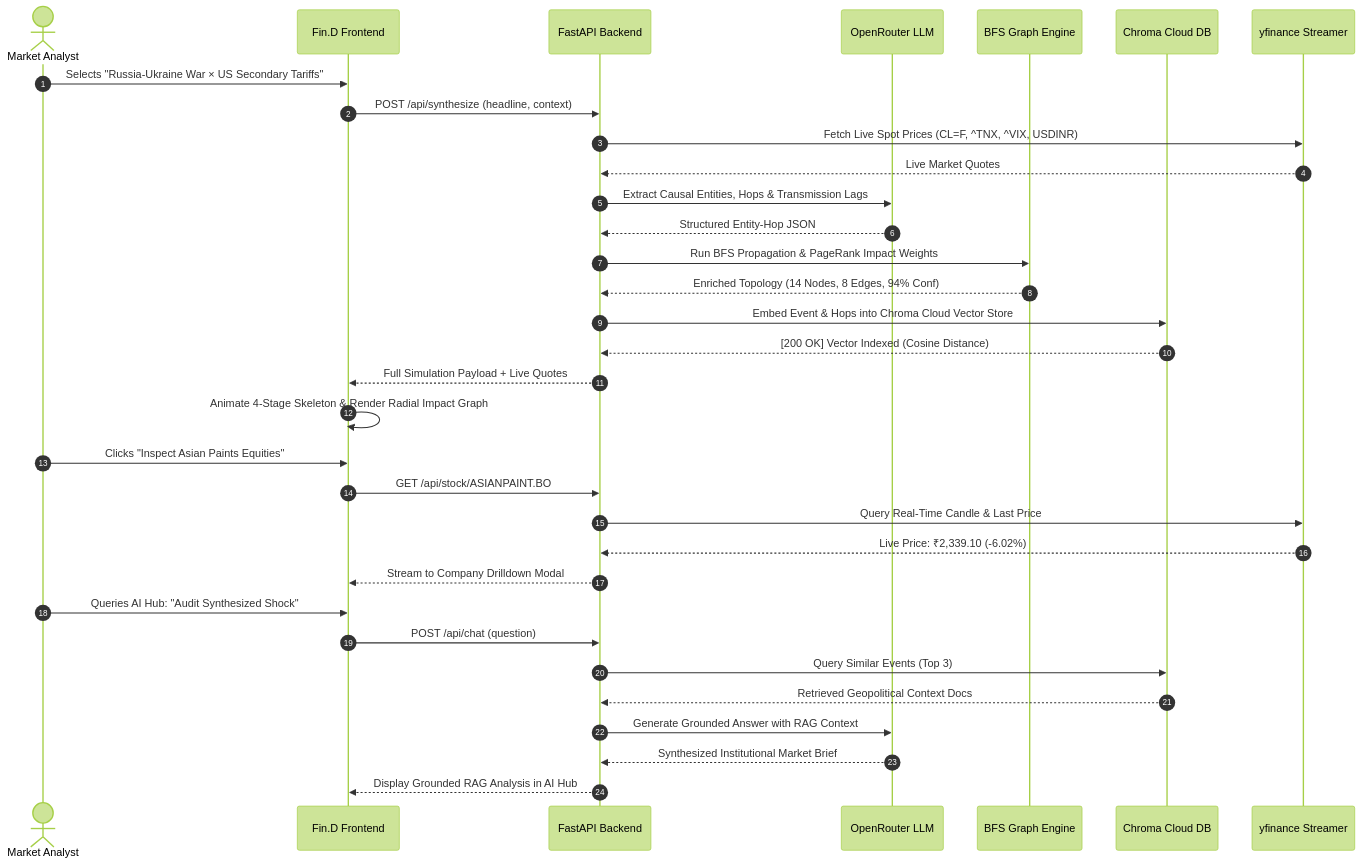
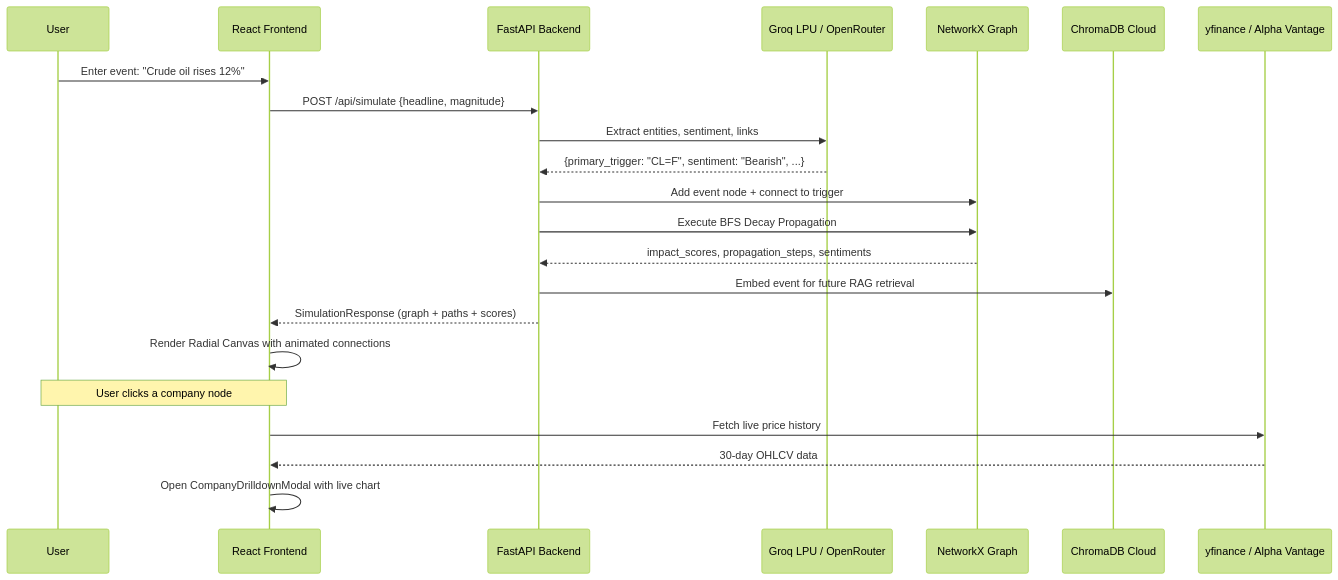
Before and after one commit to nishchaydev/codenovicesHack: the second of 2 diagrams in README.md, drawn with Mermaid (forest theme). The commit also changed other lines of this file and 51 other files, not shown here.

Commit message:
feat: complete Fin.D platform - FinGraph engine, Asset Profiler, live market widgets, and engine integration

````diff
--- a/README.md
+++ b/README.md
@@ -197,36 +237,26 @@
 ```mermaid
 sequenceDiagram
-    autonumber
-    actor Analyst as Market Analyst
-    participant UI as Fin.D Frontend
+    participant U as User
+    participant FE as React Frontend
     participant API as FastAPI Backend
-    participant LLM as OpenRouter LLM
-    participant Graph as BFS Graph Engine
-    participant Chroma as Chroma Cloud DB
-    participant YF as yfinance Streamer
+    participant LLM as Groq LPU / OpenRouter
+    participant NX as NetworkX Graph
+    participant VDB as ChromaDB Cloud
+    participant MKT as yfinance / Alpha Vantage
 
-    Analyst->>UI: Selects "Russia-Ukraine War × US Secondary Tariffs"
-    UI->>API: POST /api/synthesize (headline, context)
-    API->>YF: Fetch Live Spot Prices (CL=F, ^TNX, ^VIX, USDINR)
-    YF-->>API: Live Market Quotes
-    API->>LLM: Extract Causal Entities, Hops & Transmission Lags
-    LLM-->>API: Structured Entity-Hop JSON
-    API->>Graph: Run BFS Propagation & PageRank Impact Weights
-    Graph-->>API: Enriched Topology (14 Nodes, 8 Edges, 94% Conf)
-    API->>Chroma: Embed Event & Hops into Chroma Cloud Vector Store
-    Chroma-->>API: [200 OK] Vector Indexed (Cosine Distance)
-    API-->>UI: Full Simulation Payload + Live Quotes
-    UI->>UI: Animate 4-Stage Skeleton & Render Radial Impact Graph
-    Analyst->>UI: Clicks "Inspect Asian Paints Equities"
-    UI->>API: GET /api/stock/ASIANPAINT.BO
-    API->>YF: Query Real-Time Candle & Last Price
-    YF-->>API: Live Price: ₹2,339.10 (-6.02%)
-    API-->>UI: Stream to Company Drilldown Modal
-    Analyst->>UI: Queries AI Hub: "Audit Synthesized Shock"
-    UI->>API: POST /api/chat (question)
-    API->>Chroma: Query Similar Events (Top 3)
-    Chroma-->>API: Retrieved Geopolitical Context Docs
-    API->>LLM: Generate Grounded Answer with RAG Context
-    LLM-->>API: Synthesized Institutional Market Brief
-    API-->>UI: Display Grounded RAG Analysis in AI Hub
+    U->>FE: Enter event: "Crude oil rises 12%"
+    FE->>API: POST /api/simulate {headline, magnitude}
+    API->>LLM: Extract entities, sentiment, links
+    LLM-->>API: {primary_trigger: "CL=F", sentiment: "Bearish", ...}
+    API->>NX: Add event node + connect to trigger
+    API->>NX: Execute BFS Decay Propagation
+    NX-->>API: impact_scores, propagation_steps, sentiments
+    API->>VDB: Embed event for future RAG retrieval
+    API-->>FE: SimulationResponse (graph + paths + scores)
+    FE->>FE: Render Radial Canvas with animated connections
+
+    Note over U,FE: User clicks a company node
+    FE->>MKT: Fetch live price history
+    MKT-->>FE: 30-day OHLCV data
+    FE->>FE: Open CompanyDrilldownModal with live chart
 ```
````
